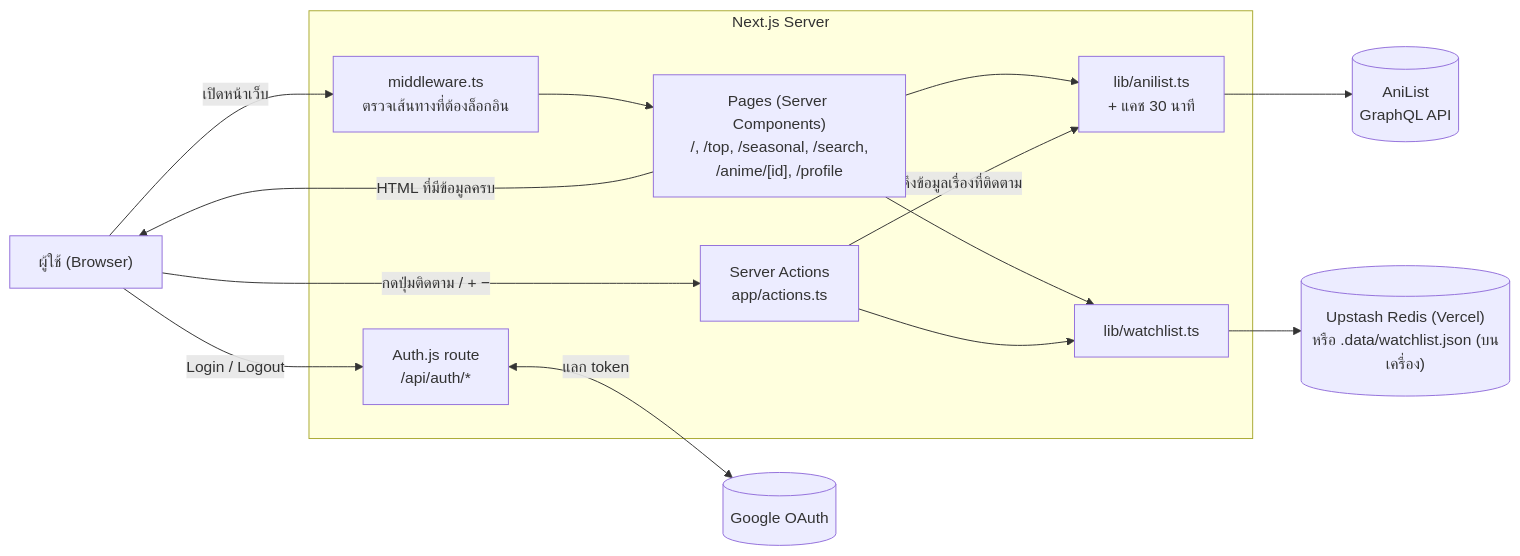
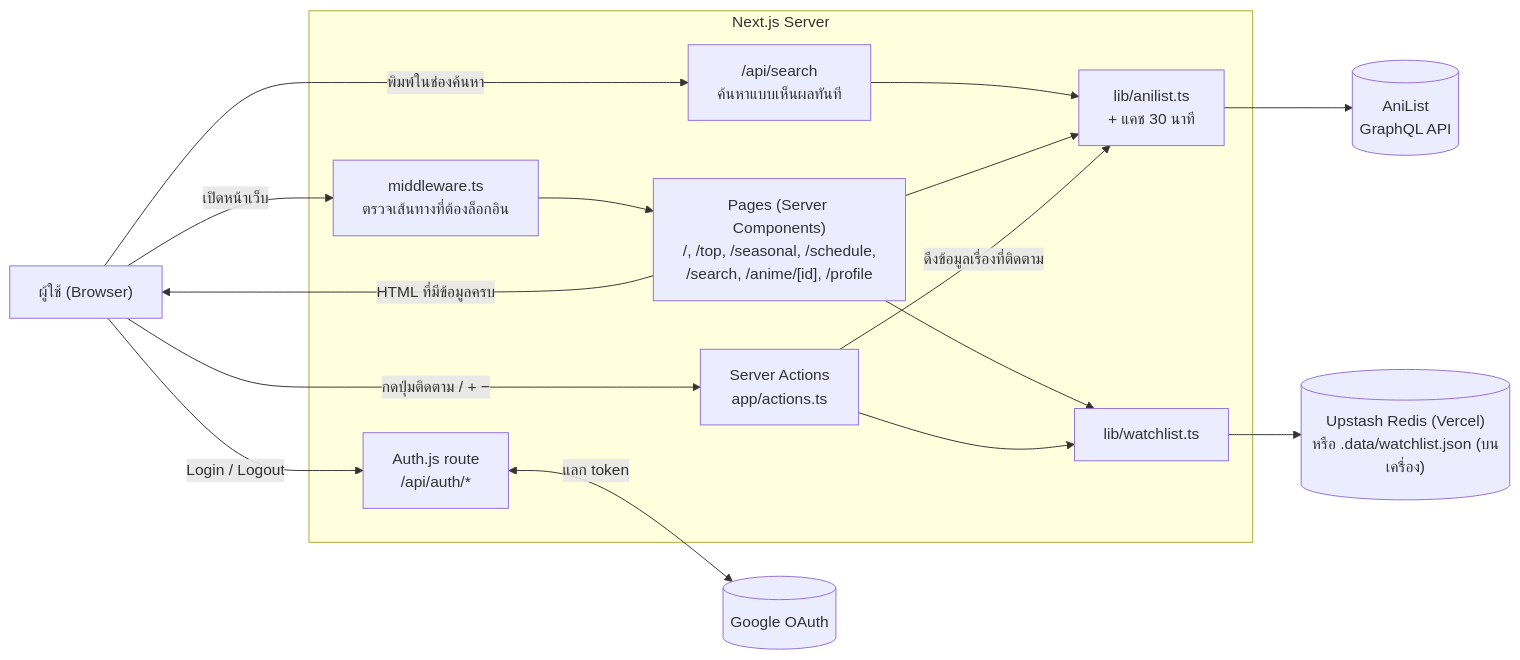
The first of 7 diagrams in README.md (kmegumi354-cloud/project-webtech), drawn with Mermaid before and after one commit. The commit also changed other lines of this file, not shown here.

First line of the commit message:
Document live search and schedule usage and flowcharts

````diff
--- a/README.md
+++ b/README.md
@@ -214,27 +230,29 @@
 ```mermaid
 flowchart LR
     U["ผู้ใช้ (Browser)"]
 
     subgraph NEXT["Next.js Server"]
         MW["middleware.ts<br/>ตรวจเส้นทางที่ต้องล็อกอิน"]
-        PAGES["Pages (Server Components)<br/>/, /top, /seasonal, /search,<br/>/anime/[id], /profile"]
+        PAGES["Pages (Server Components)<br/>/, /top, /seasonal, /schedule,<br/>/search, /anime/[id], /profile"]
+        SAPI["/api/search<br/>ค้นหาแบบเห็นผลทันที"]
         ACT["Server Actions<br/>app/actions.ts"]
         AUTHR["Auth.js route<br/>/api/auth/*"]
         LIB["lib/anilist.ts<br/>+ แคช 30 นาที"]
         WL["lib/watchlist.ts"]
     end
 
     ANI[("AniList<br/>GraphQL API")]
     G[("Google OAuth")]
     STORE[("Upstash Redis (Vercel)<br/>หรือ .data/watchlist.json (บนเครื่อง)")]
 
     U -->|"เปิดหน้าเว็บ"| MW --> PAGES
     U -->|"กดปุ่มติดตาม / + −"| ACT
     U -->|"Login / Logout"| AUTHR
+    U -->|"พิมพ์ในช่องค้นหา"| SAPI --> LIB
     PAGES --> LIB --> ANI
     PAGES --> WL
     ACT --> WL --> STORE
     ACT -->|"ดึงข้อมูลเรื่องที่ติดตาม"| LIB
     AUTHR <-->|"แลก token"| G
     PAGES -->|"HTML ที่มีข้อมูลครบ"| U
 ```
````
